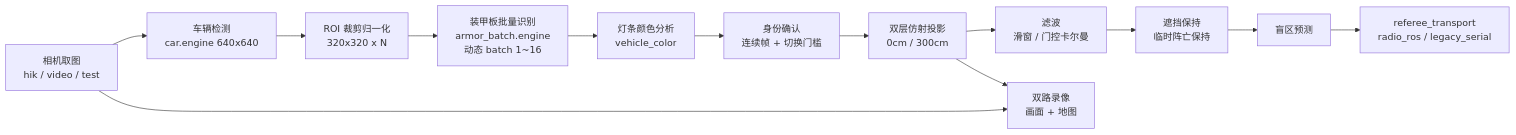
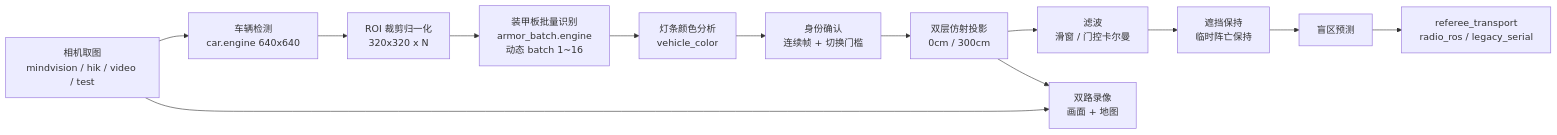
One commit to YJsnz/Radar_2027 changed the diagram in vision/README.md. Above: the diagram before and after it, drawn with Mermaid. The commit also changed other lines of this file and 10 other files, not shown here.

````diff
--- a/vision/README.md
+++ b/vision/README.md
@@ -33,16 +33,16 @@
 ```mermaid
 flowchart LR
-  CAM["相机取图<br/>hik / video / test"] --> CAR["车辆检测<br/>car.engine 640x640"]
+  CAM["相机取图<br/>mindvision / hik / video / test"] --> CAR["车辆检测<br/>car.engine 640x640"]
   CAR --> ROI["ROI 裁剪归一化<br/>320x320 x N"]
   ROI --> ARM["装甲板批量识别<br/>armor_batch.engine<br/>动态 batch 1~16"]
   ARM --> CLR["灯条颜色分析<br/>vehicle_color"]
   CLR --> CFM["身份确认<br/>连续帧 + 切换门槛"]
   CFM --> PRJ["双层仿射投影<br/>0cm / 300cm"]
   PRJ --> FLT["滤波<br/>滑窗 / 门控卡尔曼"]
   FLT --> HOLD["遮挡保持<br/>临时阵亡保持"]
   HOLD --> BLIND["盲区预测"]
   BLIND --> TX["referee_transport<br/>radio_ros / legacy_serial"]
 
   CAM --> REC["双路录像<br/>画面 + 地图"]
   PRJ --> REC
 ```
````
